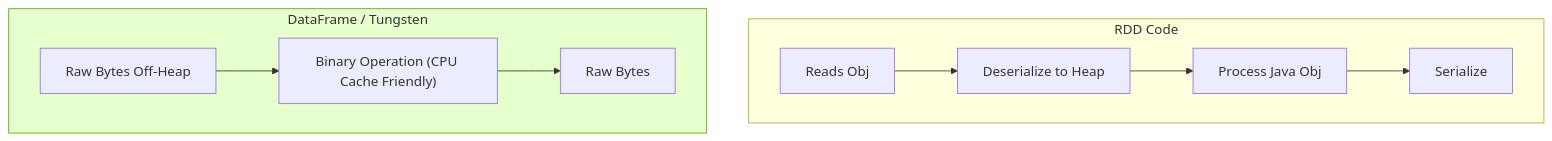
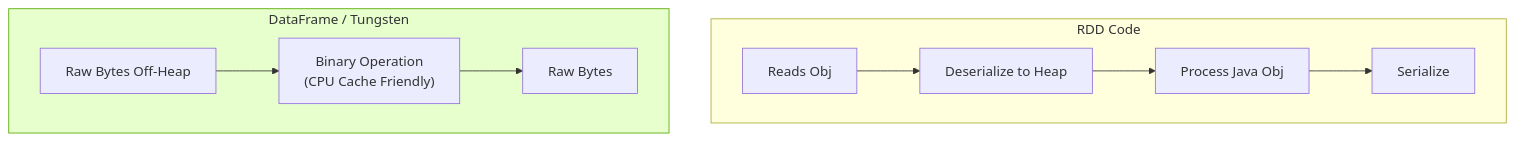
Before and after one commit to Anmol33/SystemDesign: the second of 6 diagrams in Batch Processing/02_Apache_Spark.md, drawn with Mermaid. The commit also changed other lines of this file and 4 other files, not shown here.

Commit message:
Docs(All): Reorganized All Framework Docs with Consistent Flow + Deep Dive Redis Internals

````diff
--- a/Batch Processing/02_Apache_Spark.md
+++ b/Batch Processing/02_Apache_Spark.md
@@ -62,15 +62,15 @@
 ```mermaid
 graph TD
     subgraph RDD_Code["RDD Code"]
-        RDD[Reads Obj] --> Deser[Deserialize to Heap]
-        Deser --> Proc[Process Java Obj]
-        Proc --> Ser[Serialize]
+        RDD["Reads Obj"] --> Deser["Deserialize to Heap"]
+        Deser --> Proc["Process Java Obj"]
+        Proc --> Ser["Serialize"]
     end
     
     subgraph DFT["DataFrame / Tungsten"]
-        Raw[Raw Bytes Off-Heap] --> Op["Binary Operation (CPU Cache Friendly)"]
-        Op --> Result[Raw Bytes]
+        Raw["Raw Bytes Off-Heap"] --> Op["Binary Operation<br/>(CPU Cache Friendly)"]
+        Op --> Result["Raw Bytes"]
     end
     
     style DFT fill:#e6ffcc,stroke:#55aa00
 ```
````
